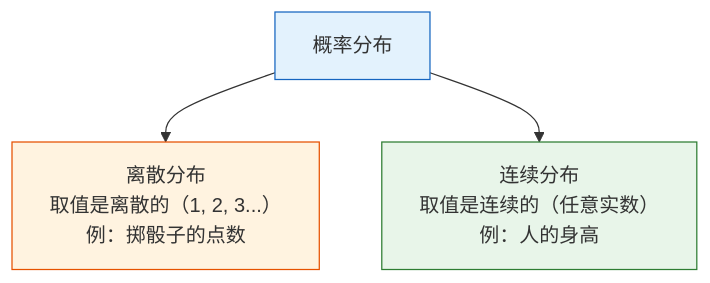
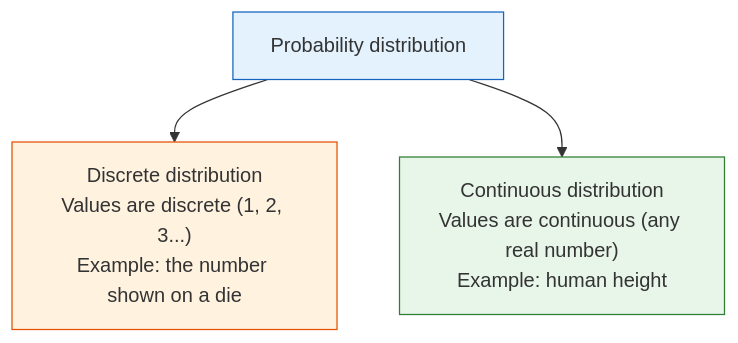
One commit to oudbiao/AI-fullstack-course changed the first of 2 diagrams in docs/ch04-ai-math/ch02-probability/02-distributions.md. Above: the diagram before and after it, drawn with Mermaid. The commit also changed other lines of this file and 1406 other files, not shown here.

````diff
--- a/docs/ch04-ai-math/ch02-probability/02-distributions.md
+++ b/docs/ch04-ai-math/ch02-probability/02-distributions.md
@@ -55,10 +55,10 @@
 ```mermaid
 flowchart TD
-    A["概率分布"]
-    A --> B["离散分布<br/>取值是离散的（1, 2, 3...）<br/>例：掷骰子的点数"]
-    A --> C["连续分布<br/>取值是连续的（任意实数）<br/>例：人的身高"]
+    A["Probability distribution"]
+    A --> B["Discrete distribution<br/>Values are discrete (1, 2, 3...)<br/>Example: the number shown on a die"]
+    A --> C["Continuous distribution<br/>Values are continuous (any real number)<br/>Example: human height"]
 
     style A fill:#e3f2fd,stroke:#1565c0,color:#333
     style B fill:#fff3e0,stroke:#e65100,color:#333
     style C fill:#e8f5e9,stroke:#2e7d32,color:#333
 ```
````
